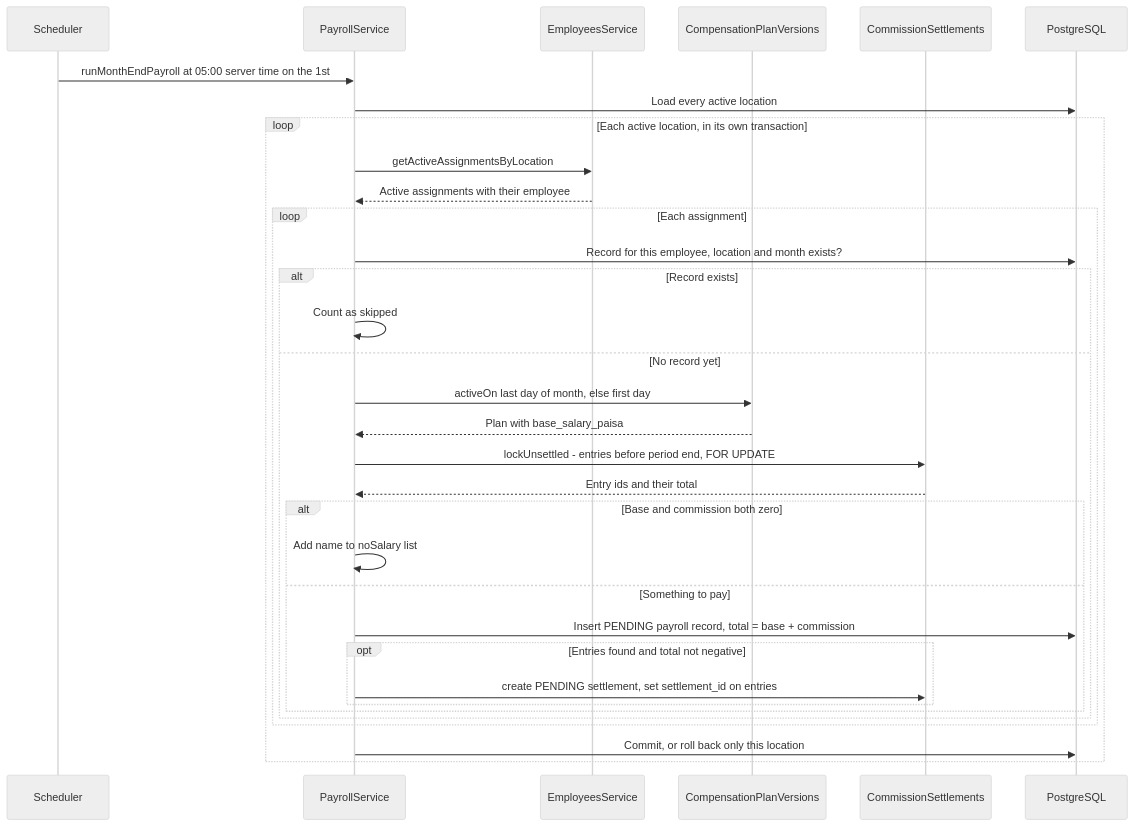
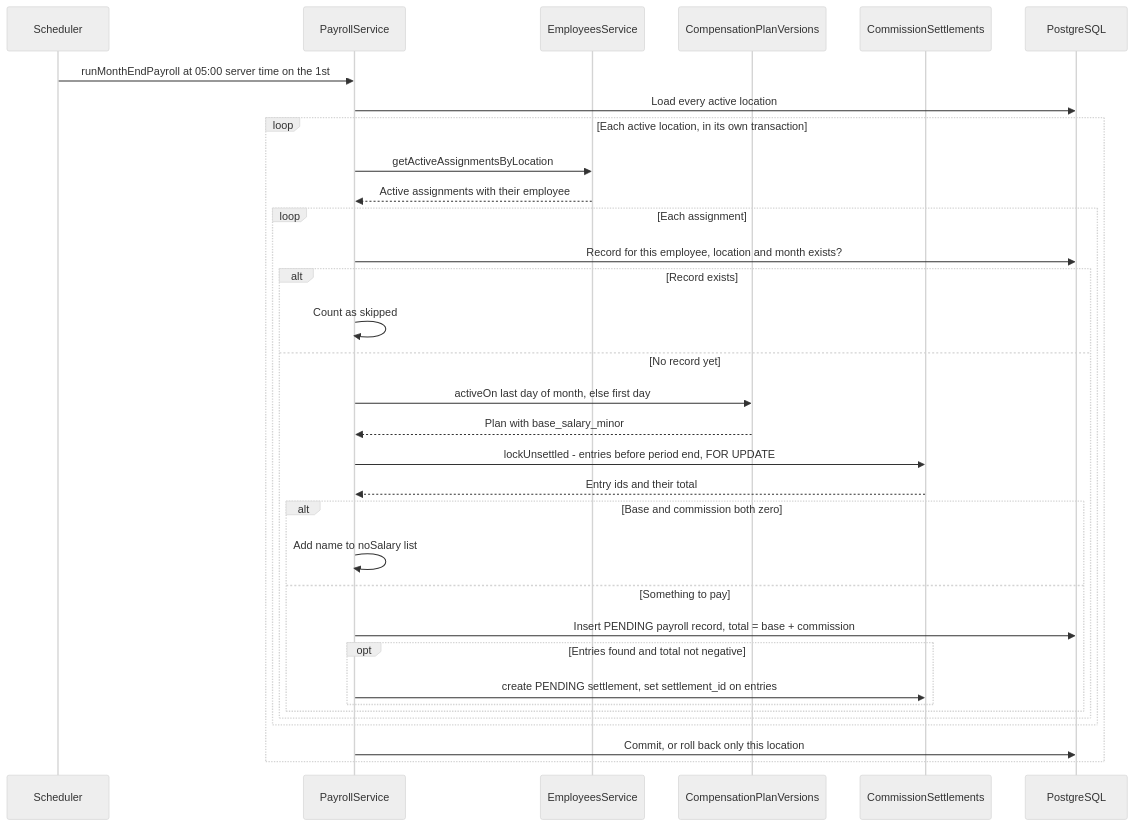
Before and after one commit to moinuddin2004/cms: the diagram in docs/handbook/diagrams/ch38-month-end-sequence.mmd, drawn with Mermaid (neutral theme). The commit also changed 436 other files, not shown here.

```diff
--- a/docs/handbook/diagrams/ch38-month-end-sequence.mmd
+++ b/docs/handbook/diagrams/ch38-month-end-sequence.mmd
@@ -1,33 +1,33 @@
 sequenceDiagram
     participant Cron as Scheduler
     participant PS as PayrollService
     participant ES as EmployeesService
     participant CPV as CompensationPlanVersions
     participant CS as CommissionSettlements
     participant DB as PostgreSQL
     Cron->>PS: runMonthEndPayroll at 05:00 server time on the 1st
     PS->>DB: Load every active location
     loop Each active location, in its own transaction
         PS->>ES: getActiveAssignmentsByLocation
         ES-->>PS: Active assignments with their employee
         loop Each assignment
             PS->>DB: Record for this employee, location and month exists?
             alt Record exists
                 PS->>PS: Count as skipped
             else No record yet
                 PS->>CPV: activeOn last day of month, else first day
-                CPV-->>PS: Plan with base_salary_paisa
+                CPV-->>PS: Plan with base_salary_minor
                 PS->>CS: lockUnsettled - entries before period end, FOR UPDATE
                 CS-->>PS: Entry ids and their total
                 alt Base and commission both zero
                     PS->>PS: Add name to noSalary list
                 else Something to pay
                     PS->>DB: Insert PENDING payroll record, total = base + commission
                     opt Entries found and total not negative
                         PS->>CS: create PENDING settlement, set settlement_id on entries
                     end
                 end
             end
         end
         PS->>DB: Commit, or roll back only this location
     end
```
